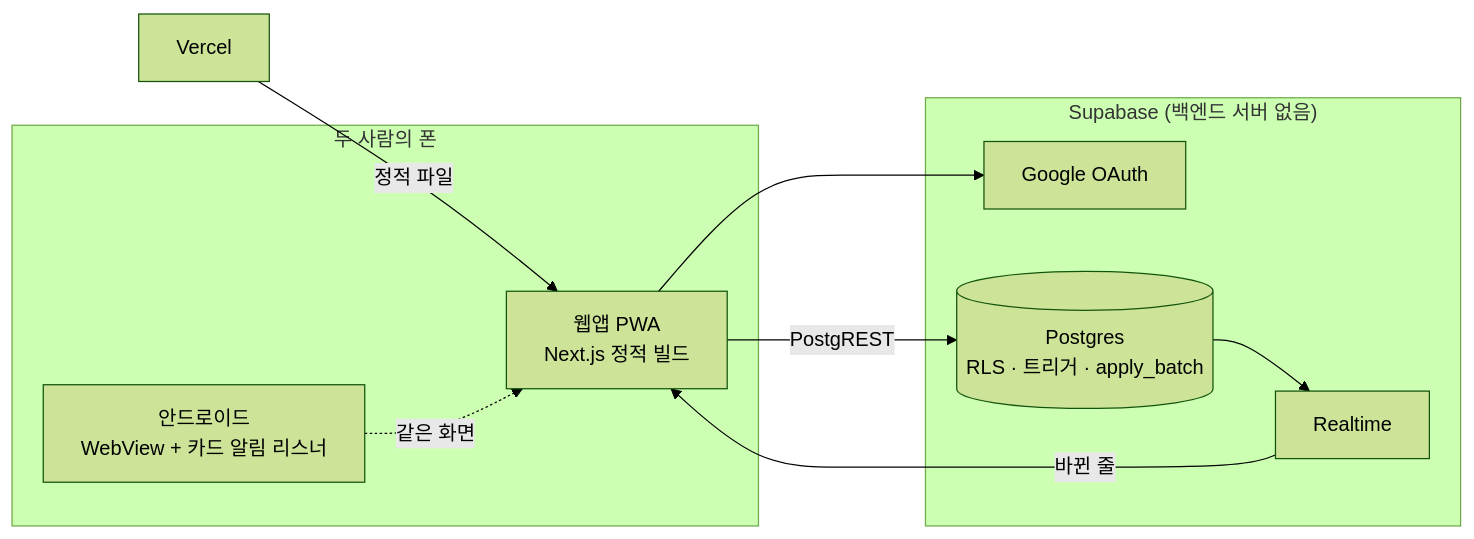
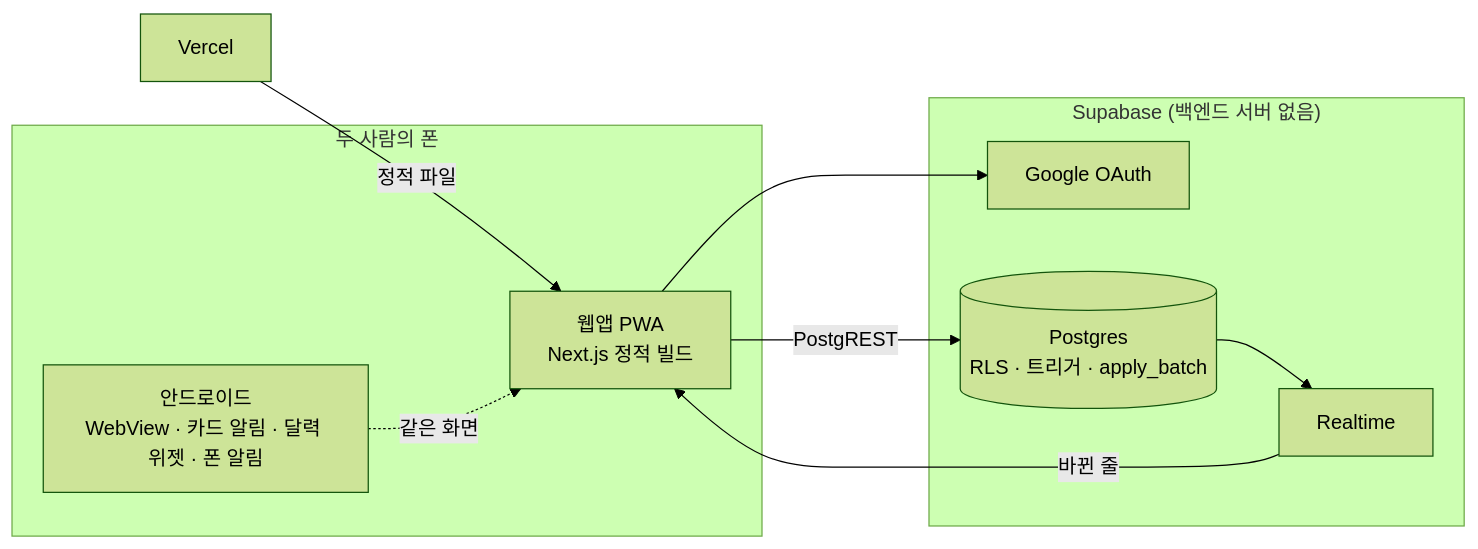
One commit to jojaden/our-money changed the second of 5 diagrams in README.md. Above: the diagram before and after it, drawn with Mermaid (forest theme). The commit also changed other lines of this file and 4 other files, not shown here.

````diff
--- a/README.md
+++ b/README.md
@@ -51,17 +56,17 @@
 ```mermaid
 flowchart LR
   subgraph phone["두 사람의 폰"]
     pwa["웹앱 PWA<br/>Next.js 정적 빌드"]
-    android["안드로이드<br/>WebView + 카드 알림 리스너"]
+    android["안드로이드<br/>WebView · 카드 알림 · 달력 위젯 · 폰 알림"]
   end
   subgraph supa["Supabase (백엔드 서버 없음)"]
     auth["Google OAuth"]
     db[("Postgres<br/>RLS · 트리거 · apply_batch")]
     rt["Realtime"]
   end
   vercel["Vercel"] -->|정적 파일| pwa
   android -.->|같은 화면| pwa
   pwa -->|PostgREST| db
   pwa --> auth
   db --> rt -->|바뀐 줄| pwa
 ```
````
